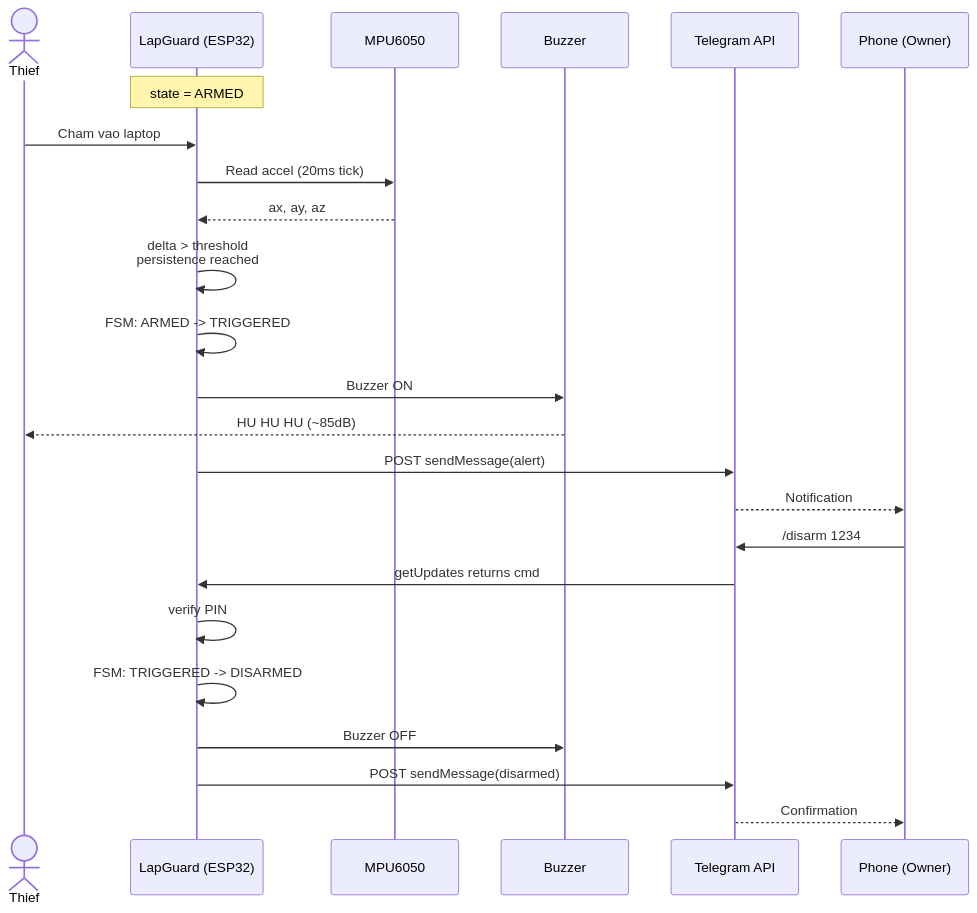
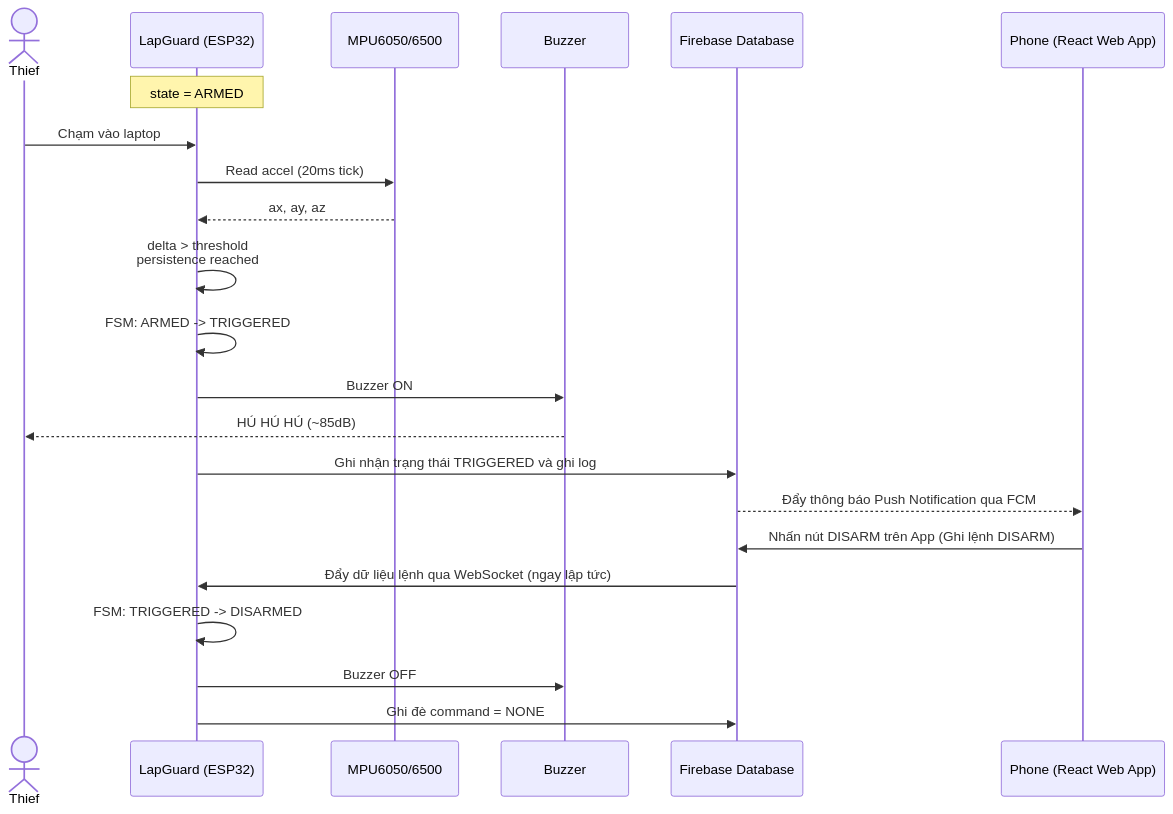
The fourth of 5 diagrams in docs/03-system-architecture.md (NHP234/AIoT), drawn with Mermaid before and after one commit. The commit also changed other lines of this file and 19 other files, not shown here.

Commit message:
feat: integrate Firebase RTDB, WiFiManager and remove Telegram/PIN auth

````diff
--- a/docs/03-system-architecture.md
+++ b/docs/03-system-architecture.md
@@ -252,27 +289,25 @@
 ```mermaid
 sequenceDiagram
     actor T as Thief
     participant L as LapGuard (ESP32)
-    participant S as MPU6050
+    participant S as MPU6050/6500
     participant B as Buzzer
-    participant TG as Telegram API
-    participant P as Phone (Owner)
+    participant FB as Firebase Database
+    participant P as Phone (React Web App)
 
     Note over L: state = ARMED
-    T->>L: Cham vao laptop
+    T->>L: Chạm vào laptop
     L->>S: Read accel (20ms tick)
     S-->>L: ax, ay, az
     L->>L: delta > threshold<br/>persistence reached
     L->>L: FSM: ARMED -> TRIGGERED
     L->>B: Buzzer ON
-    B-->>T: HU HU HU (~85dB)
-    L->>TG: POST sendMessage(alert)
-    TG-->>P: Notification
-    P->>TG: /disarm 1234
-    TG->>L: getUpdates returns cmd
-    L->>L: verify PIN
+    B-->>T: HÚ HÚ HÚ (~85dB)
+    L->>FB: Ghi nhận trạng thái TRIGGERED và ghi log
+    FB-->>P: Đẩy thông báo Push Notification qua FCM
+    P->>FB: Nhấn nút DISARM trên App (Ghi lệnh DISARM)
+    FB->>L: Đẩy dữ liệu lệnh qua WebSocket (ngay lập tức)
     L->>L: FSM: TRIGGERED -> DISARMED
     L->>B: Buzzer OFF
-    L->>TG: POST sendMessage(disarmed)
-    TG-->>P: Confirmation
+    L->>FB: Ghi đè command = NONE
 ```
````
